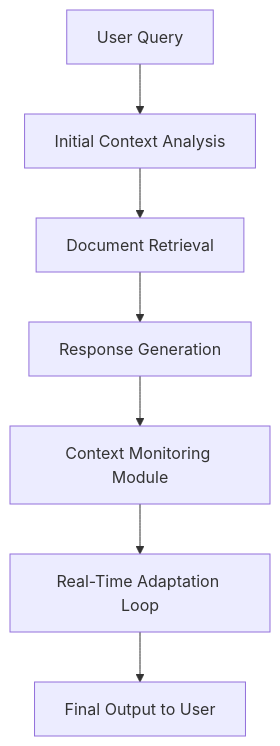
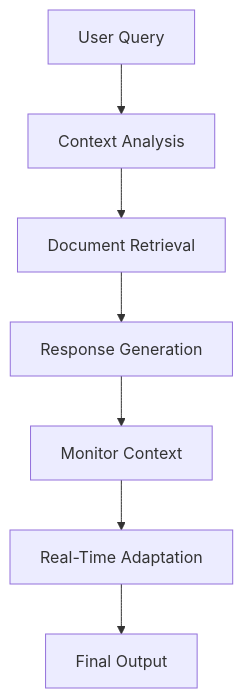
The fifth of 25 diagrams in Readme.md (Dinuk-Di/RAG-Architectures), drawn with Mermaid before and after one commit. The commit also changed other lines of this file, not shown here.

````diff
--- a/Readme.md
+++ b/Readme.md
@@ -87,9 +115,9 @@
 ```mermaid
 flowchart TD
-    A[User Query] --> B[Initial Context Analysis]
+    A[User Query] --> B[Context Analysis]
     B --> C[Document Retrieval]
     C --> D[Response Generation]
-    D --> E[Context Monitoring Module]
-    E --> F[Real-Time Adaptation Loop]
-    F --> G[Final Output to User]
+    D --> E[Monitor Context]
+    E --> F[Real-Time Adaptation]
+    F --> G[Final Output]
 ```
````
